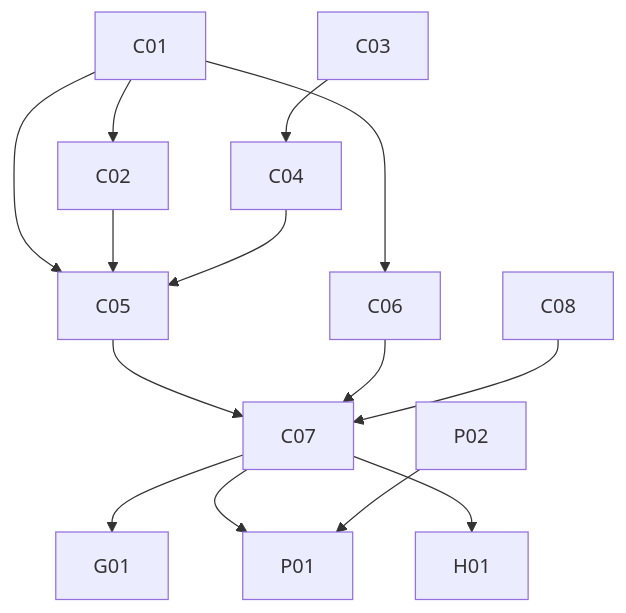
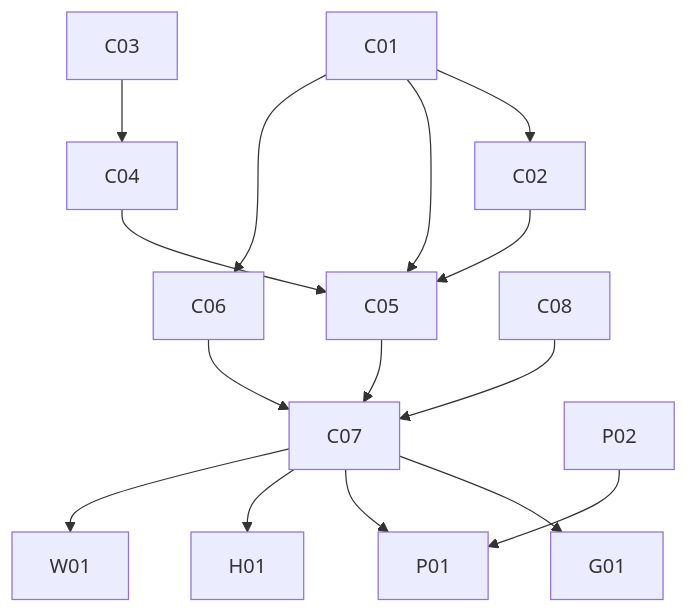
The diagram in docs/plan/capability-plan.md (ochanuco/yunomi), drawn with Mermaid before and after one commit. The commit also changed other lines of this file and 15 other files, not shown here.

````diff
--- a/docs/plan/capability-plan.md
+++ b/docs/plan/capability-plan.md
@@ -100,16 +111,17 @@
 ```mermaid
 graph TD
   C01 --> C02
   C01 --> C05
   C02 --> C05
   C03 --> C04
   C04 --> C05
   C01 --> C06
   C05 --> C07
   C06 --> C07
   C08 --> C07
   C07 --> G01
   C07 --> P01
   P02 --> P01
   C07 --> H01
+  C07 --> W01
 ```
````
